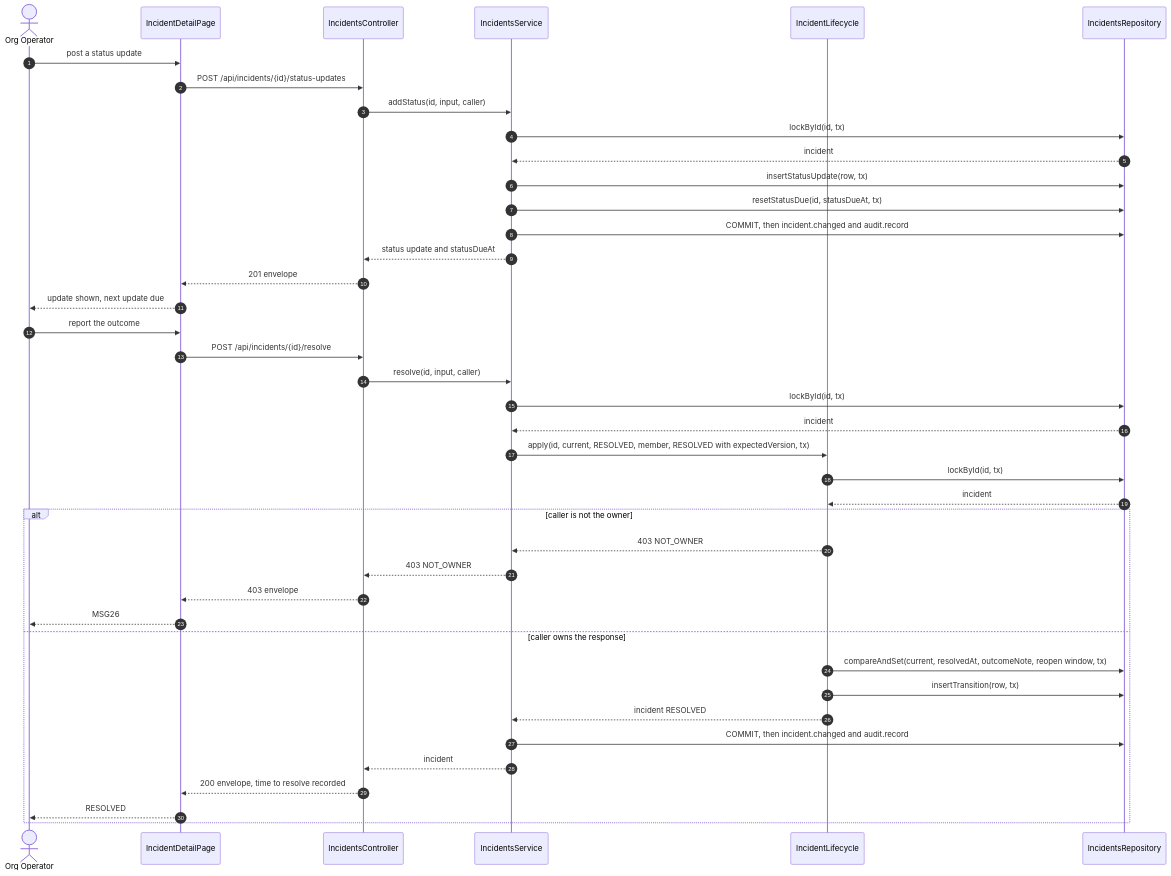
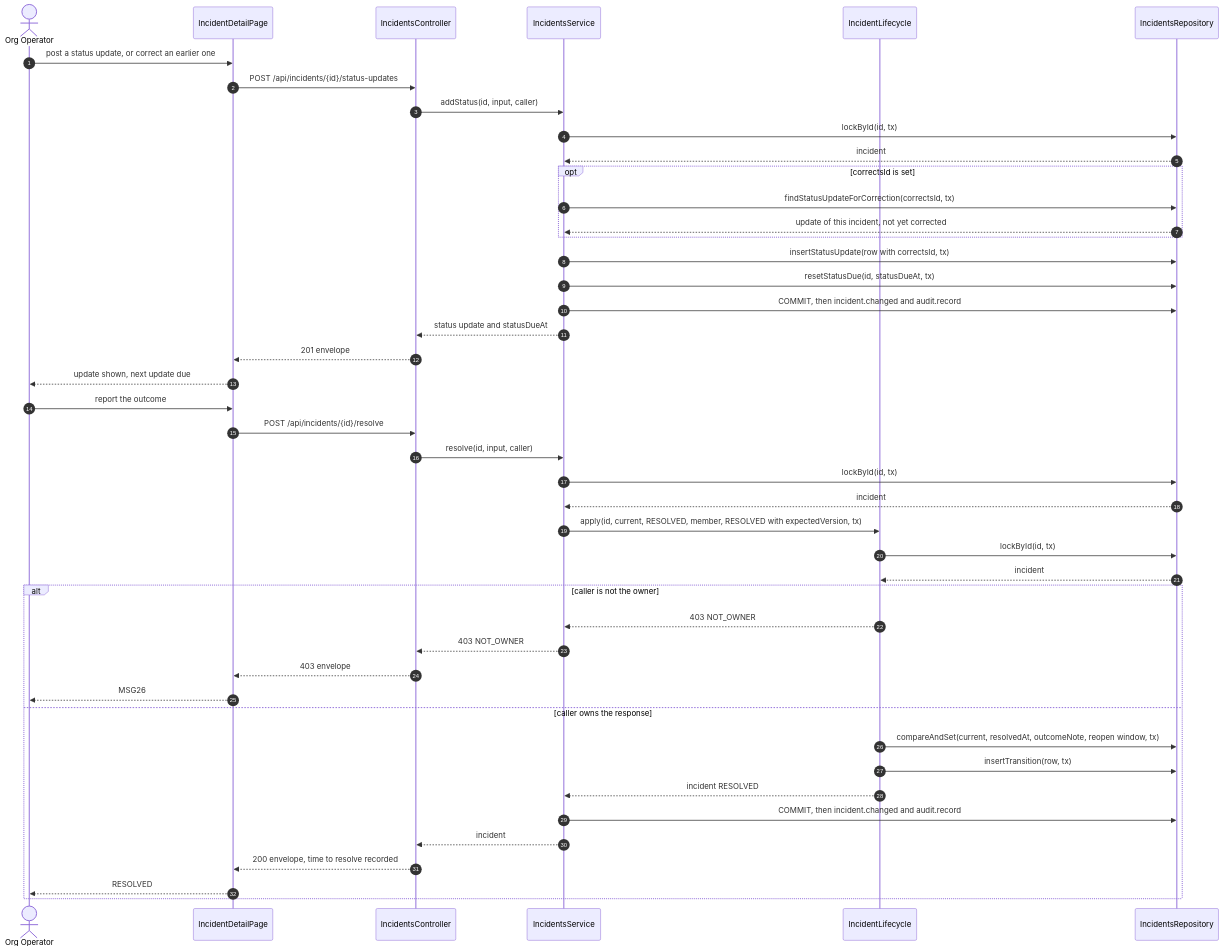
One commit to TrekLink-Team/treklink-web changed the ninth of 10 diagrams in specs/incidents/design.md. Above: the diagram before and after it, drawn with Mermaid. The commit also changed other lines of this file, not shown here.

First line of the commit message:
docs: show status update corrections in the incidents figures

````diff
--- a/specs/incidents/design.md
+++ b/specs/incidents/design.md
@@ -532,43 +543,47 @@
 ```mermaid
 sequenceDiagram
     autonumber
     actor Op as Org Operator
     participant P as IncidentDetailPage
     participant C as IncidentsController
     participant S as IncidentsService
     participant L as IncidentLifecycle
     participant R as IncidentsRepository
-    Op->>P: post a status update
+    Op->>P: post a status update, or correct an earlier one
     P->>C: POST /api/incidents/{id}/status-updates
     C->>S: addStatus(id, input, caller)
     S->>R: lockById(id, tx)
     R-->>S: incident
-    S->>R: insertStatusUpdate(row, tx)
+    opt correctsId is set
+        S->>R: findStatusUpdateForCorrection(correctsId, tx)
+        R-->>S: update of this incident, not yet corrected
+    end
+    S->>R: insertStatusUpdate(row with correctsId, tx)
     S->>R: resetStatusDue(id, statusDueAt, tx)
     S->>R: COMMIT, then incident.changed and audit.record
     S-->>C: status update and statusDueAt
     C-->>P: 201 envelope
     P-->>Op: update shown, next update due
     Op->>P: report the outcome
     P->>C: POST /api/incidents/{id}/resolve
     C->>S: resolve(id, input, caller)
     S->>R: lockById(id, tx)
     R-->>S: incident
     S->>L: apply(id, current, RESOLVED, member, RESOLVED with expectedVersion, tx)
     L->>R: lockById(id, tx)
     R-->>L: incident
     alt caller is not the owner
         L-->>S: 403 NOT_OWNER
         S-->>C: 403 NOT_OWNER
         C-->>P: 403 envelope
         P-->>Op: MSG26
     else caller owns the response
         L->>R: compareAndSet(current, resolvedAt, outcomeNote, reopen window, tx)
         L->>R: insertTransition(row, tx)
         L-->>S: incident RESOLVED
         S->>R: COMMIT, then incident.changed and audit.record
         S-->>C: incident
         C-->>P: 200 envelope, time to resolve recorded
         P-->>Op: RESOLVED
     end
 ```
````
